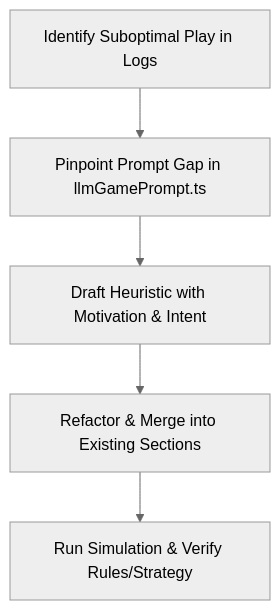
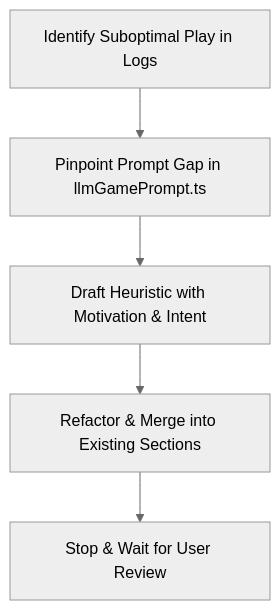
The diagram in .agents/skills/prompt-refinement/SKILL.md (ejfn/Tractor), drawn with Mermaid (neutral theme) before and after one commit. The commit also changed other lines of this file and 1 other file, not shown here.

````diff
--- a/.agents/skills/prompt-refinement/SKILL.md
+++ b/.agents/skills/prompt-refinement/SKILL.md
@@ -42,7 +42,7 @@
 ```mermaid
 graph TD
     A[Identify Suboptimal Play in Logs] --> B[Pinpoint Prompt Gap in llmGamePrompt.ts]
     B --> C[Draft Heuristic with Motivation & Intent]
     C --> D[Refactor & Merge into Existing Sections]
-    D --> E[Run Simulation & Verify Rules/Strategy]
+    D --> E[Stop & Wait for User Review]
 ```
````
